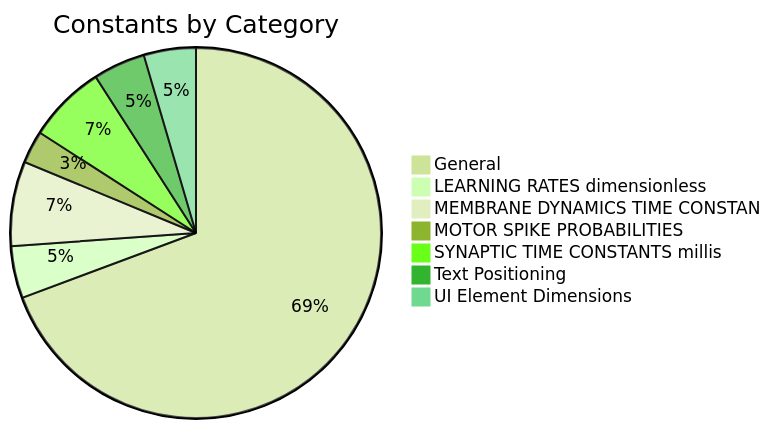
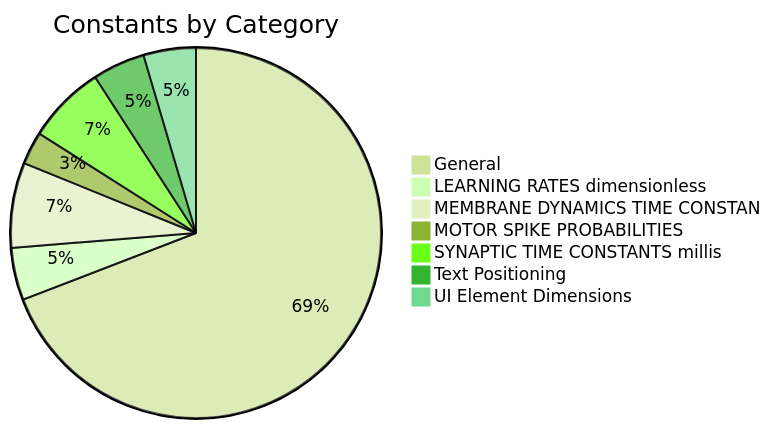
One commit to kevin-heitfeld/thalia changed the diagram in docs/api/CONSTANTS_REFERENCE.md. Above: the diagram before and after it, drawn with Mermaid (forest theme). The commit also changed other lines of this file and 31 other files, not shown here.

````diff
--- a/docs/api/CONSTANTS_REFERENCE.md
+++ b/docs/api/CONSTANTS_REFERENCE.md
@@ -15,10 +15,10 @@
 ```mermaid
 pie title Constants by Category
-    "General" : 122
+    "General" : 121
     "LEARNING RATES dimensionless" : 8
     "MEMBRANE DYNAMICS TIME CONSTAN" : 13
     "MOTOR SPIKE PROBABILITIES" : 5
     "SYNAPTIC TIME CONSTANTS millis" : 12
     "Text Positioning" : 8
     "UI Element Dimensions" : 8
 ```
````
